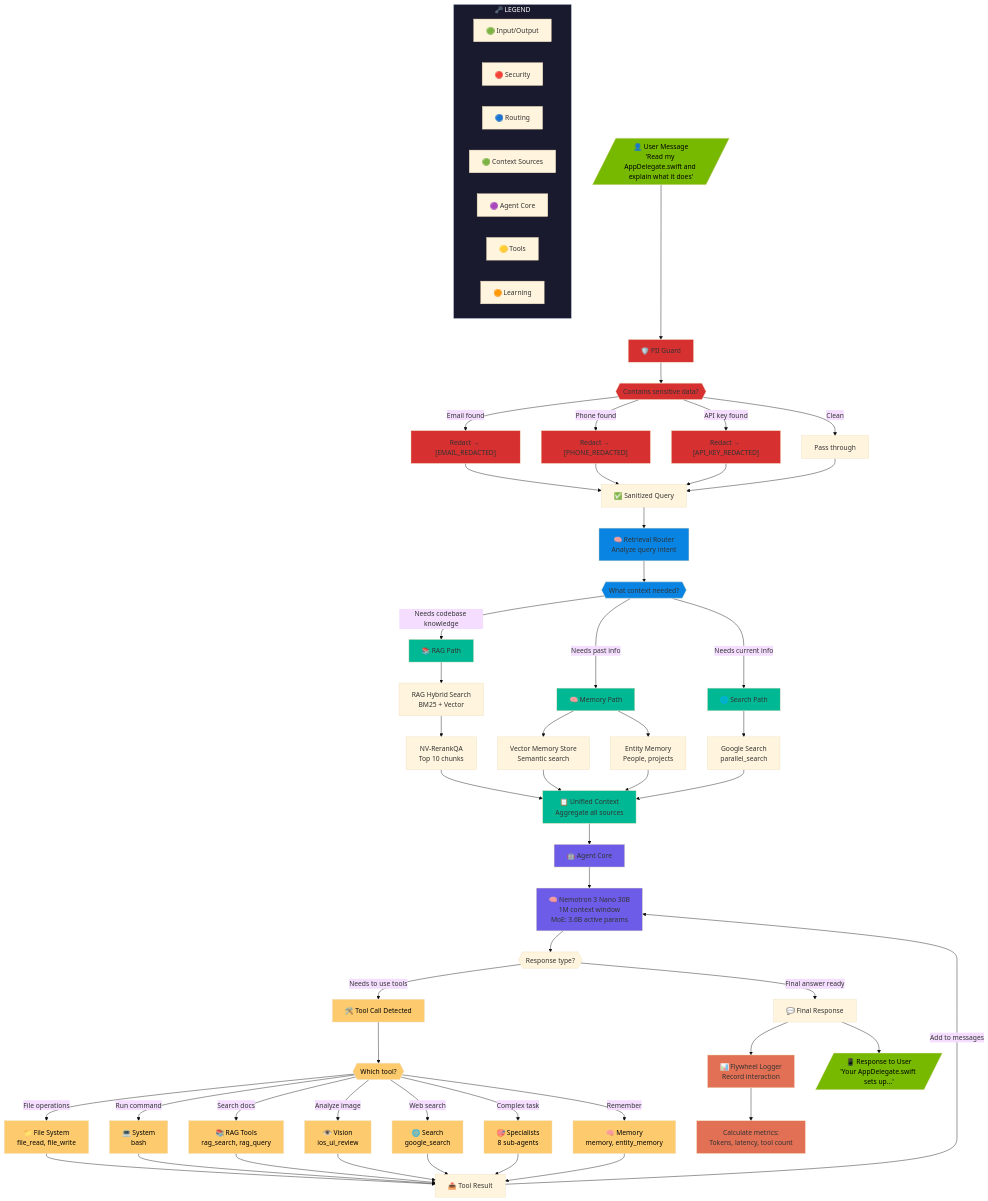
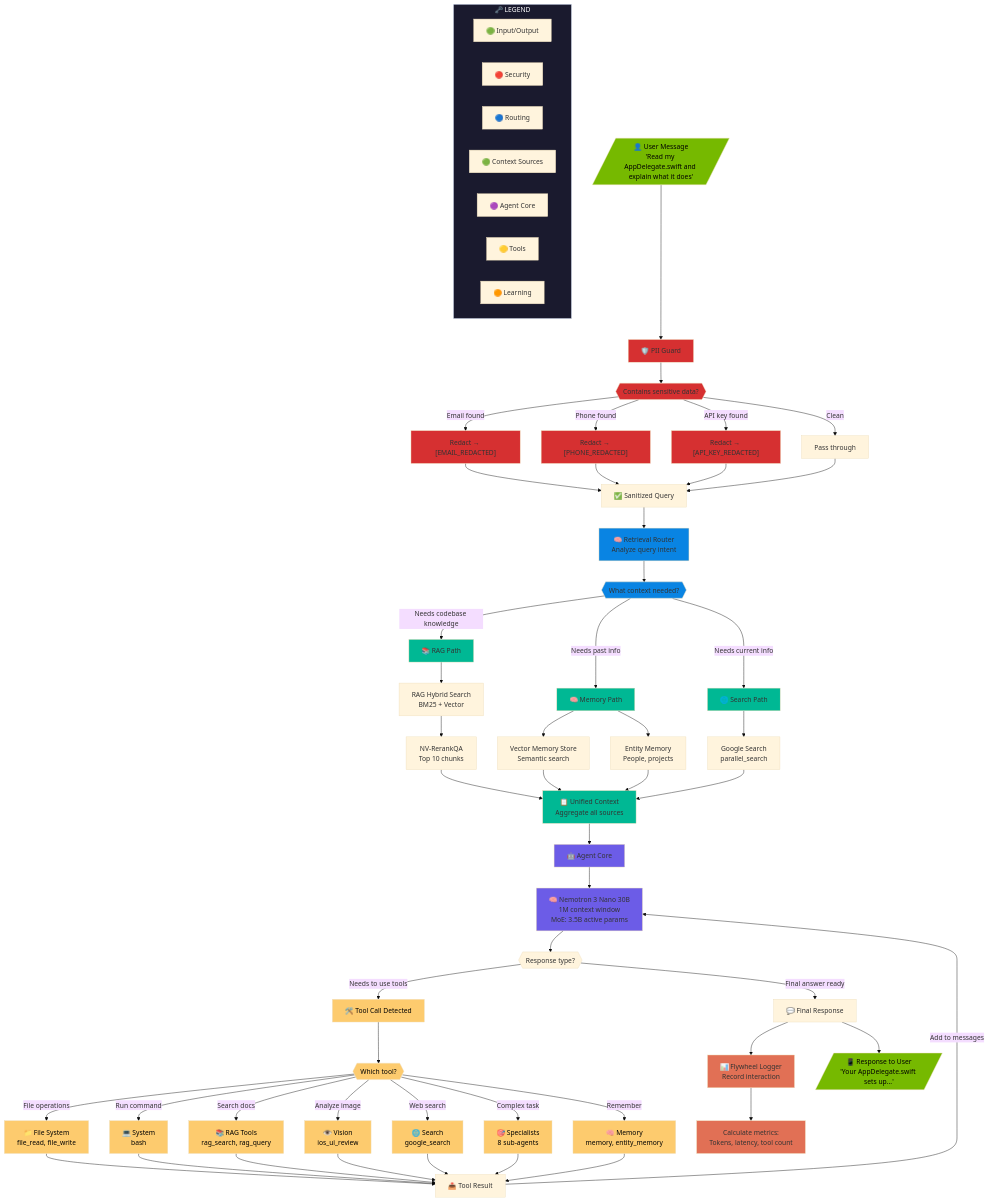
The fourth of 7 diagrams in README.md (caser-legal/nvidia-cli), drawn with Mermaid (base theme) before and after one commit. The commit also changed other lines of this file and 14 other files, not shown here.

```diff
--- a/README.md
+++ b/README.md
@@ -472,7 +472,7 @@
     
     %% ===== AGENT CORE =====
     CONTEXT --> AGENT["🤖 Agent Core"]
-    AGENT --> LLM["🧠 Nemotron 3 Nano 30B<br/>1M context window<br/>MoE: 3.6B active params"]
+    AGENT --> LLM["🧠 Nemotron 3 Nano 30B<br/>1M context window<br/>MoE: 3.5B active params"]
     
     LLM --> RESPONSE_CHECK{{"Response type?"}}
     
```
